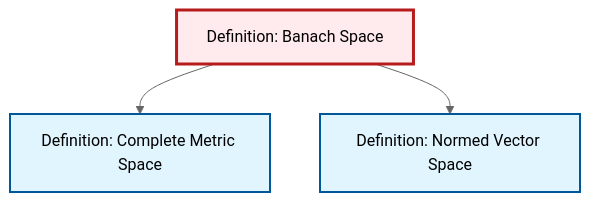
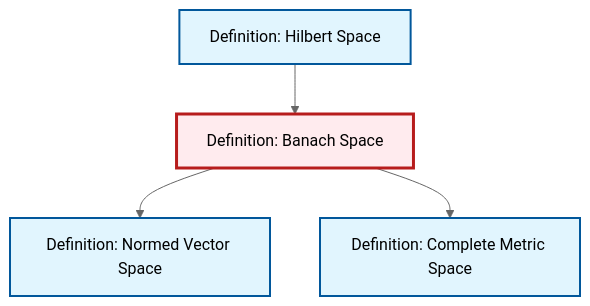
Before and after one commit to RK0429/ModernMath: the diagram in content/ja/analysis/def-banach-space.qmd, drawn with Mermaid (neutral theme). The commit also changed 597 other files, not shown here.

````diff
--- a/content/ja/analysis/def-banach-space.qmd
+++ b/content/ja/analysis/def-banach-space.qmd
@@ -120,17 +120,20 @@
 ```{mermaid}
 %%| fig-cap: "Local dependency graph"
 graph TD
     classDef definition fill:#e1f5fe,stroke:#01579b,stroke-width:2px
     classDef theorem fill:#f3e5f5,stroke:#4a148c,stroke-width:2px
     classDef axiom fill:#fff3e0,stroke:#e65100,stroke-width:2px
     classDef example fill:#e8f5e9,stroke:#1b5e20,stroke-width:2px
     classDef current fill:#ffebee,stroke:#b71c1c,stroke-width:3px
     def-banach-space["Definition: Banach Space"]:::definition
+    def-complete-metric-space["Definition: Complete Metric Space"]:::definition
     def-normed-vector-space["Definition: Normed Vector Space"]:::definition
-    def-complete-metric-space["Definition: Complete Metric Space"]:::definition
+    def-hilbert-space["Definition: Hilbert Space"]:::definition
+    def-hilbert-space --> def-banach-space
+    def-banach-space --> def-normed-vector-space
     def-banach-space --> def-complete-metric-space
-    def-banach-space --> def-normed-vector-space
     class def-banach-space current
+    click def-complete-metric-space "def-complete-metric-space.html" "Definition: Complete Metric Spaceへ"
     click def-normed-vector-space "def-normed-vector-space.html" "Definition: Normed Vector Spaceへ"
-    click def-complete-metric-space "def-complete-metric-space.html" "Definition: Complete Metric Spaceへ"
+    click def-hilbert-space "def-hilbert-space.html" "Definition: Hilbert Spaceへ"
 ```
````
